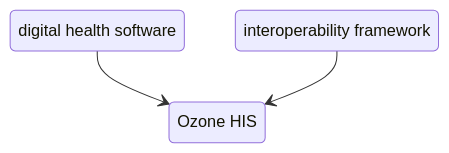
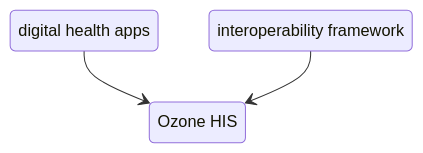
Before and after one commit to ozone-his/ozone-docs: the diagram in docs/users/index.md, drawn with Mermaid. The commit also changed other lines of this file and 19 other files, not shown here.

````diff
--- a/docs/users/index.md
+++ b/docs/users/index.md
@@ -11,9 +11,9 @@
 ``` mermaid
 stateDiagram-v2
     state "Ozone HIS" as ozone
-    state "digital health software" as state1
+    state "digital health apps" as state1
     state "interoperability framework" as state2
 
     state1 --> ozone
     state2 --> ozone
 ```
````
